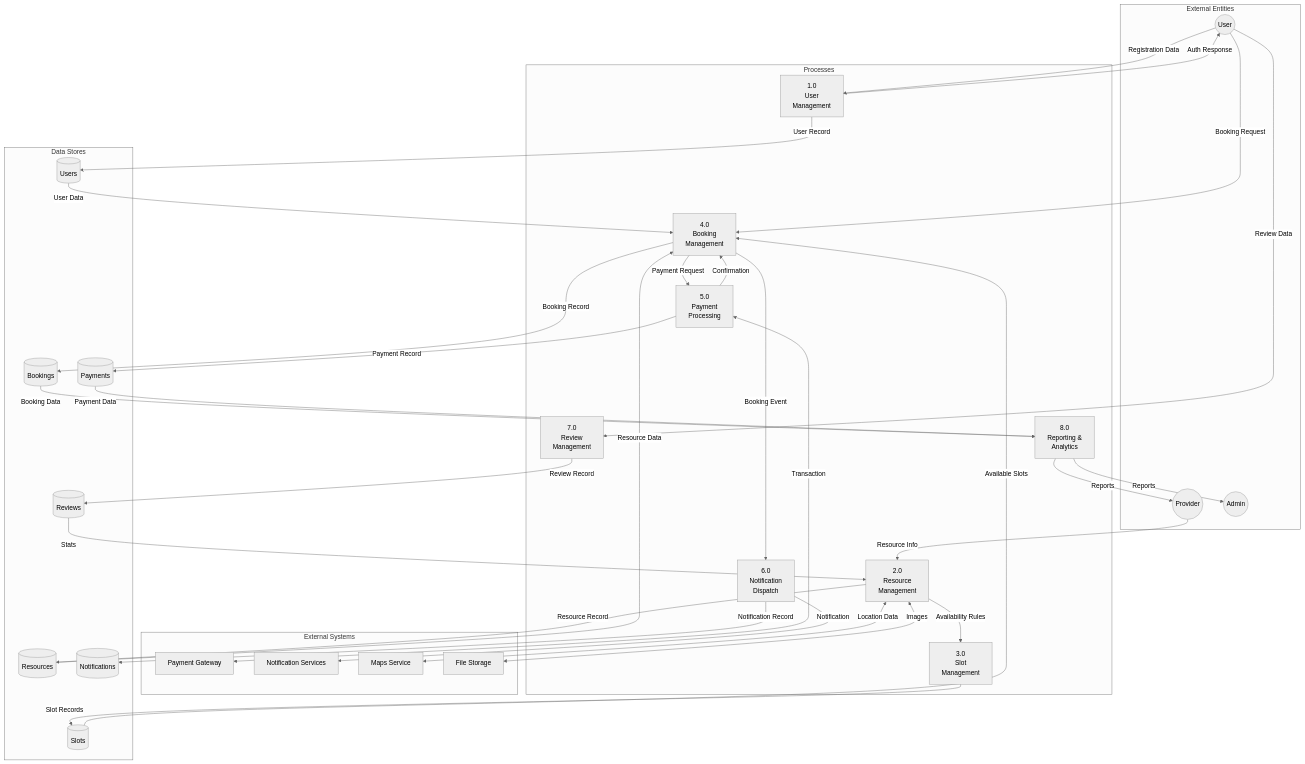
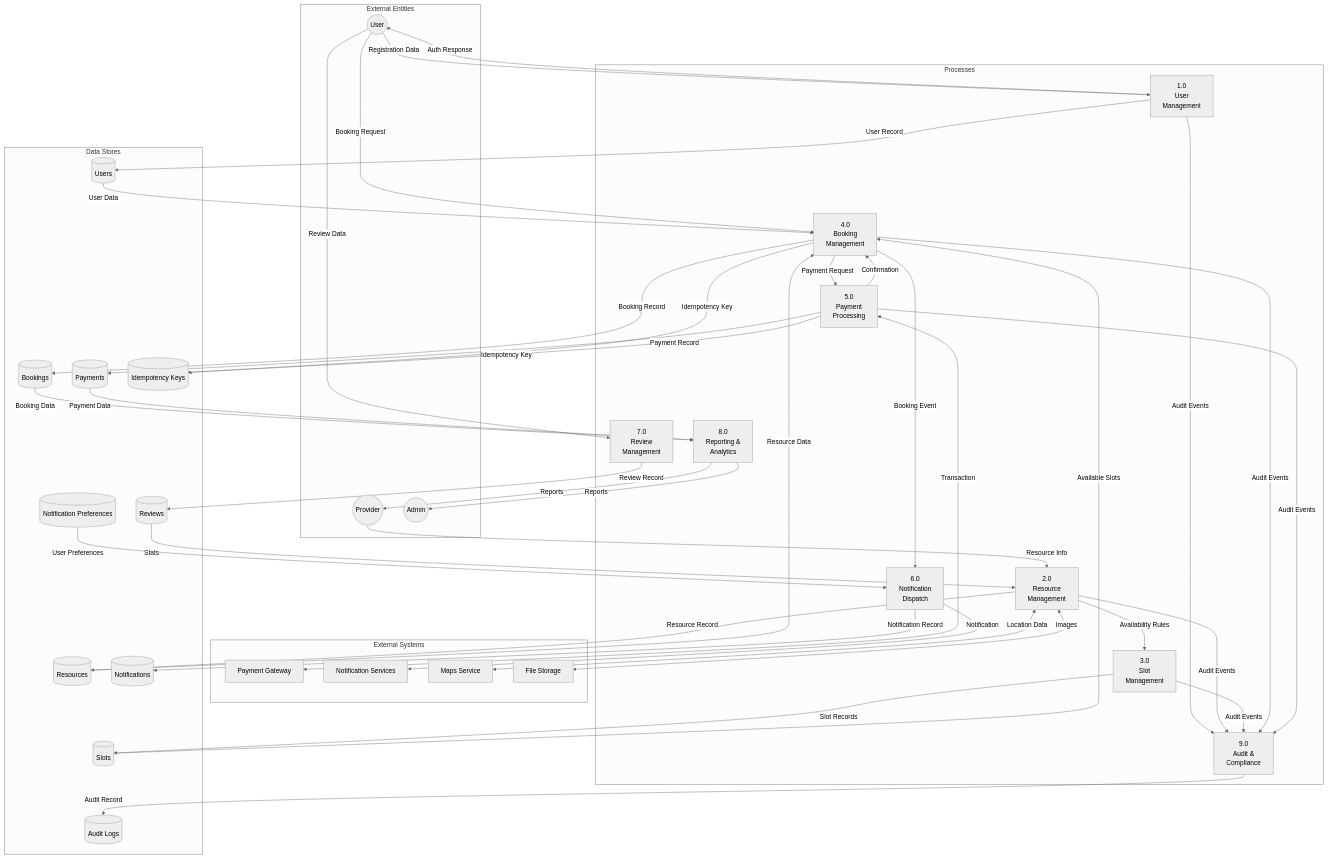
One commit to 0Ankit0/Project-Ideas changed the second of 5 diagrams in Slot Booking System/high-level-design/data-flow-diagram.md. Above: the diagram before and after it, drawn with Mermaid (neutral theme). The commit also changed other lines of this file and 23 other files, not shown here.

First line of the commit message:
feat: Enhance Slot Booking System documentation and architecture

````diff
--- a/Slot Booking System/high-level-design/data-flow-diagram.md
+++ b/Slot Booking System/high-level-design/data-flow-diagram.md
@@ -56,6 +56,7 @@
         P6[6.0<br/>Notification<br/>Dispatch]
         P7[7.0<br/>Review<br/>Management]
         P8[8.0<br/>Reporting &<br/>Analytics]
+        P9[9.0<br/>Audit &<br/>Compliance]
     end
     
     subgraph "Data Stores"
@@ -66,6 +67,9 @@
         D5[(Payments)]
         D6[(Reviews)]
         D7[(Notifications)]
+        D8[(Audit Logs)]
+        D9[(Idempotency Keys)]
+        D10[(Notification Preferences)]
     end
     
     %% User Management
@@ -89,16 +93,19 @@
     D1 -->|User Data| P4
     D2 -->|Resource Data| P4
     P4 -->|Booking Record| D4
+    P4 -->|Idempotency Key| D9
     P4 -->|Payment Request| P5
     
     %% Payment Processing
     P5 <-->|Transaction| PAY_EXT
     P5 -->|Payment Record| D5
+    P5 -->|Idempotency Key| D9
     P5 -->|Confirmation| P4
     
     %% Notifications
     P4 -->|Booking Event| P6
     P6 -->|Notification Record| D7
+    D10 -->|User Preferences| P6
     P6 -->|Notification| NOTIF_EXT
     
     %% Reviews
@@ -111,4 +118,12 @@
     D5 -->|Payment Data| P8
     P8 -->|Reports| ADMIN
     P8 -->|Reports| PROV
+
+    %% Audit & Compliance
+    P1 -->|Audit Events| P9
+    P2 -->|Audit Events| P9
+    P3 -->|Audit Events| P9
+    P4 -->|Audit Events| P9
+    P5 -->|Audit Events| P9
+    P9 -->|Audit Record| D8
 ```
````
